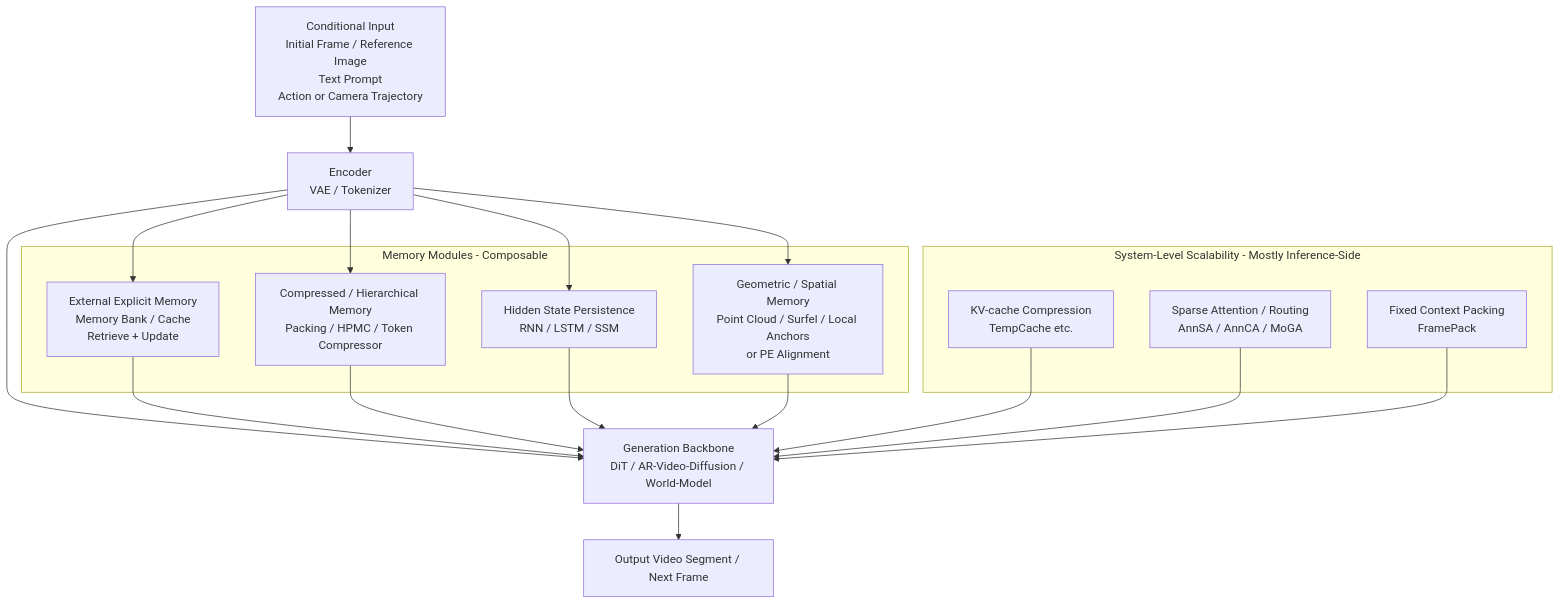
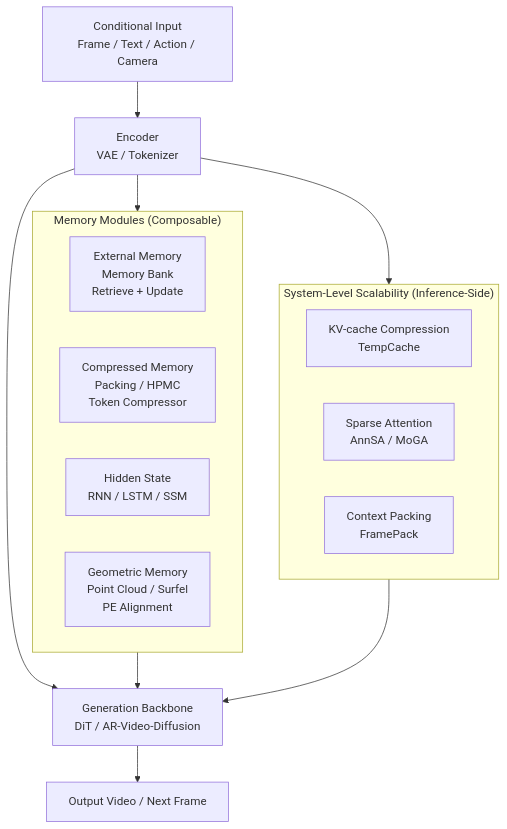
Before and after one commit to SiriYep/Awesome-World-Models-with-Memory: the diagram in README.md, drawn with Mermaid.

Commit message:
Enrich paper descriptions with performance highlights and add Mermaid architecture diagram

````diff
--- a/README.md
+++ b/README.md
@@ -72,33 +72,27 @@
 ```mermaid
 flowchart TD
-  A[Conditional Input<br/>Initial Frame / Reference Image<br/>Text Prompt<br/>Action or Camera Trajectory] --> B[Encoder<br/>VAE / Tokenizer]
-  B --> C[Generation Backbone<br/>DiT / AR-Video-Diffusion / World-Model]
-  C --> D[Output Video Segment / Next Frame]
+  A[Conditional Input<br/>Frame / Text / Action / Camera] --> B[Encoder<br/>VAE / Tokenizer]
+  B --> C[Generation Backbone<br/>DiT / AR-Video-Diffusion]
+  C --> D[Output Video / Next Frame]
 
-  subgraph M[Memory Modules - Composable]
-    M1[External Explicit Memory<br/>Memory Bank / Cache<br/>Retrieve + Update]
-    M2[Compressed / Hierarchical Memory<br/>Packing / HPMC / Token Compressor]
-    M3[Hidden State Persistence<br/>RNN / LSTM / SSM]
-    M4[Geometric / Spatial Memory<br/>Point Cloud / Surfel / Local Anchors<br/>or PE Alignment]
+  subgraph M["Memory Modules (Composable)"]
+    direction LR
+    M1[External Memory<br/>Memory Bank<br/>Retrieve + Update]
+    M2[Compressed Memory<br/>Packing / HPMC<br/>Token Compressor]
+    M3[Hidden State<br/>RNN / LSTM / SSM]
+    M4[Geometric Memory<br/>Point Cloud / Surfel<br/>PE Alignment]
   end
 
-  B --> M1
-  B --> M2
-  B --> M3
-  B --> M4
+  B --> M
+  M --> C
 
-  M1 --> C
-  M2 --> C
-  M3 --> C
-  M4 --> C
-
-  subgraph E[System-Level Scalability - Mostly Inference-Side]
-    E1[KV-cache Compression<br/>TempCache etc.]
-    E2[Sparse Attention / Routing<br/>AnnSA / AnnCA / MoGA]
-    E3[Fixed Context Packing<br/>FramePack]
+  subgraph E["System-Level Scalability (Inference-Side)"]
+    direction LR
+    E1[KV-cache Compression<br/>TempCache]
+    E2[Sparse Attention<br/>AnnSA / MoGA]
+    E3[Context Packing<br/>FramePack]
   end
 
-  E1 --> C
-  E2 --> C
-  E3 --> C
+  B --> E
+  E --> C
 ```
````
